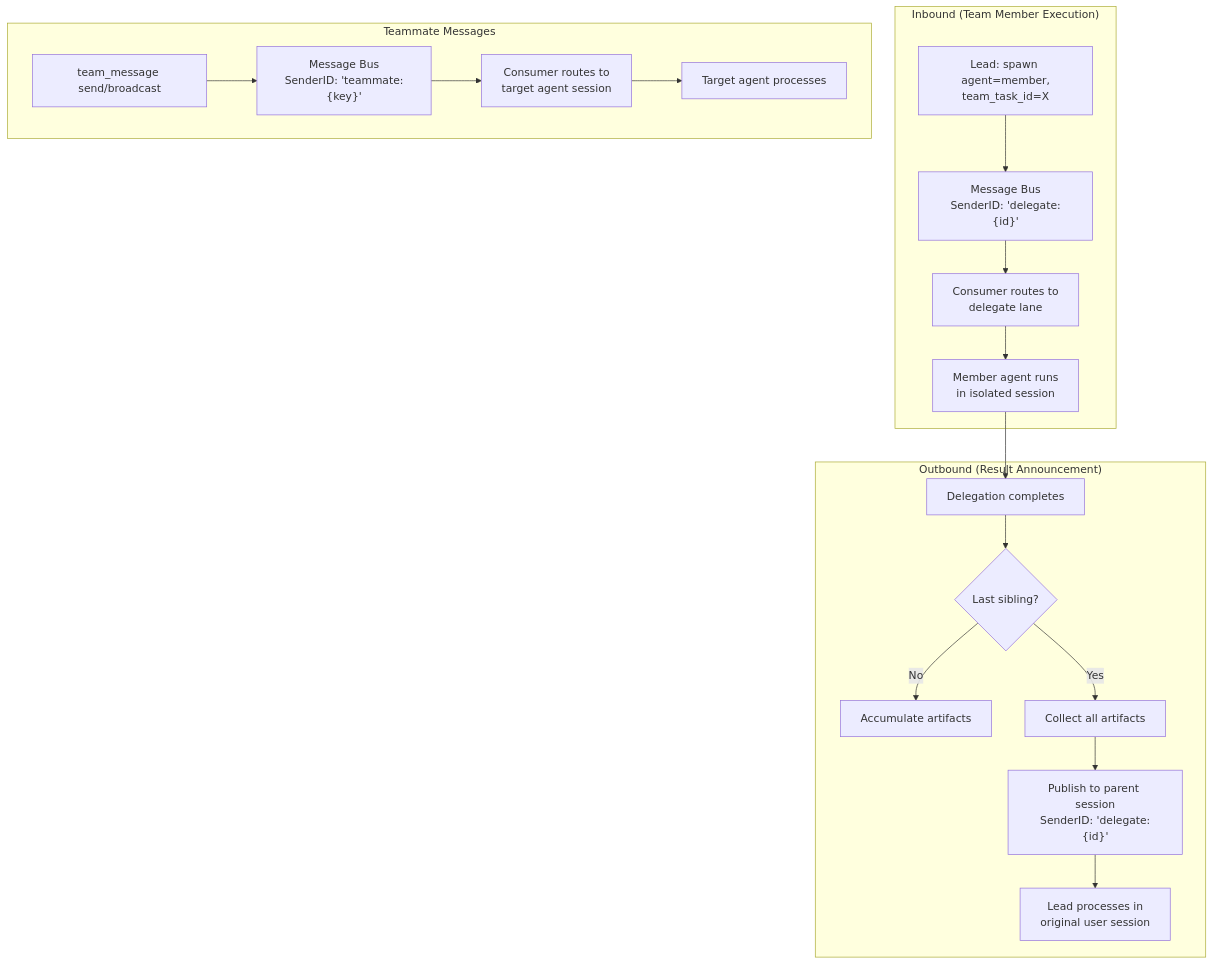
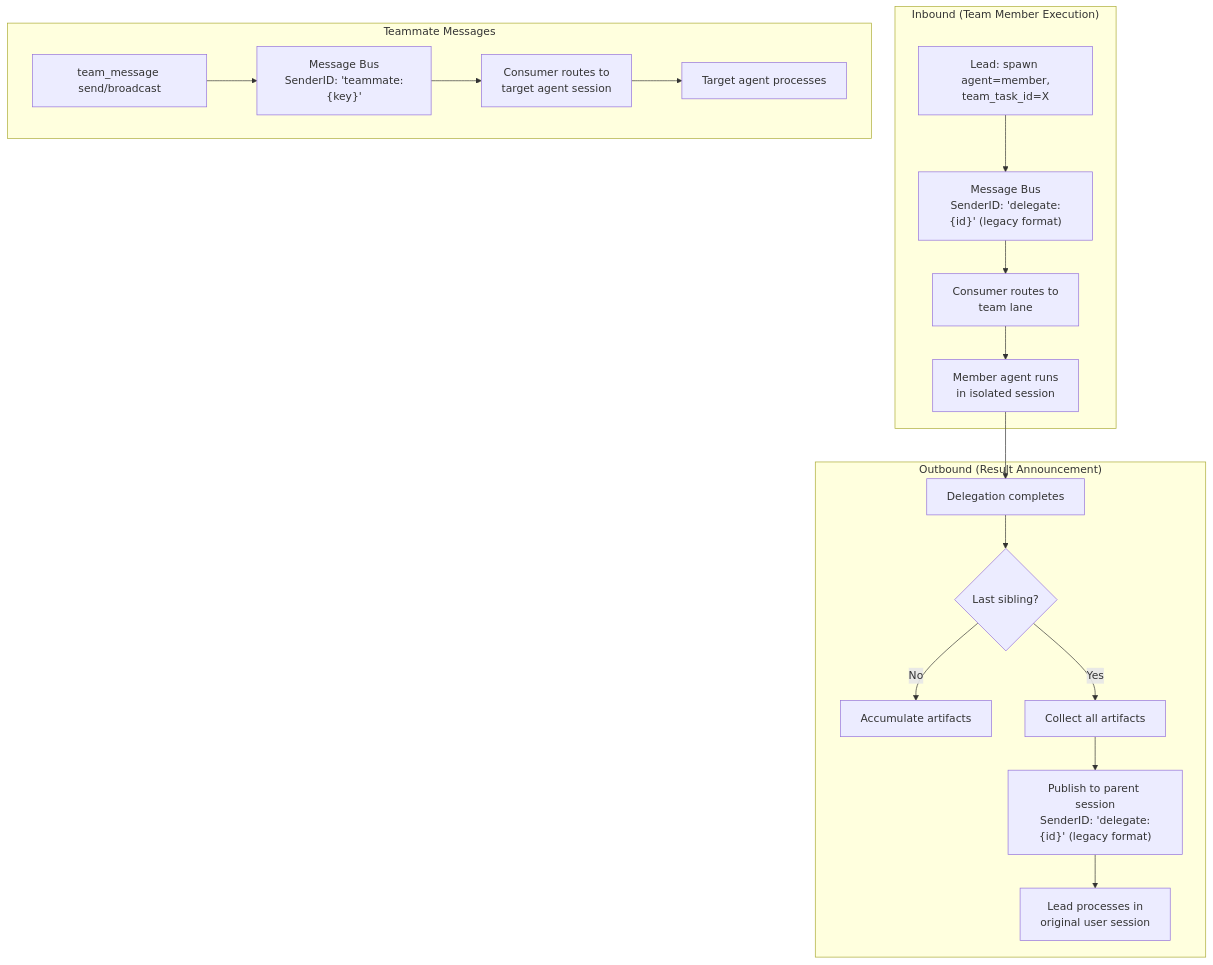
Before and after one commit to qkhalk/goclaw: the sixth of 6 diagrams in docs/11-agent-teams.md, drawn with Mermaid. The commit also changed other lines of this file and 5 other files, not shown here.

First line of the commit message:
docs: update references for delegate→team/teammate rename

````diff
--- a/docs/11-agent-teams.md
+++ b/docs/11-agent-teams.md
@@ -496,23 +487,23 @@
 ```mermaid
 flowchart TD
     subgraph "Inbound (Team Member Execution)"
-        LEAD_SPAWN["Lead: spawn agent=member,<br/>team_task_id=X"] --> BUS_IN["Message Bus<br/>SenderID: 'delegate:{id}'"]
-        BUS_IN --> CONSUMER["Consumer routes to<br/>delegate lane"]
+        LEAD_SPAWN["Lead: spawn agent=member,<br/>team_task_id=X"] --> BUS_IN["Message Bus<br/>SenderID: 'delegate:{id}' (legacy format)"]
+        BUS_IN --> CONSUMER["Consumer routes to<br/>team lane"]
         CONSUMER --> MEMBER["Member agent runs<br/>in isolated session"]
     end
 
     subgraph "Outbound (Result Announcement)"
         MEMBER --> RESULT["Delegation completes"]
         RESULT --> CHECK{"Last sibling?"}
         CHECK -->|"No"| ACCUMULATE["Accumulate artifacts"]
         CHECK -->|"Yes"| COLLECT["Collect all artifacts"]
-        COLLECT --> ANNOUNCE["Publish to parent session<br/>SenderID: 'delegate:{id}'"]
+        COLLECT --> ANNOUNCE["Publish to parent session<br/>SenderID: 'delegate:{id}' (legacy format)"]
         ANNOUNCE --> LEAD_SESSION["Lead processes in<br/>original user session"]
     end
 
     subgraph "Teammate Messages"
         SEND["team_message send/broadcast"] --> BUS_TM["Message Bus<br/>SenderID: 'teammate:{key}'"]
         BUS_TM --> ROUTE_TM["Consumer routes to<br/>target agent session"]
         ROUTE_TM --> TARGET["Target agent processes"]
     end
 ```
````
